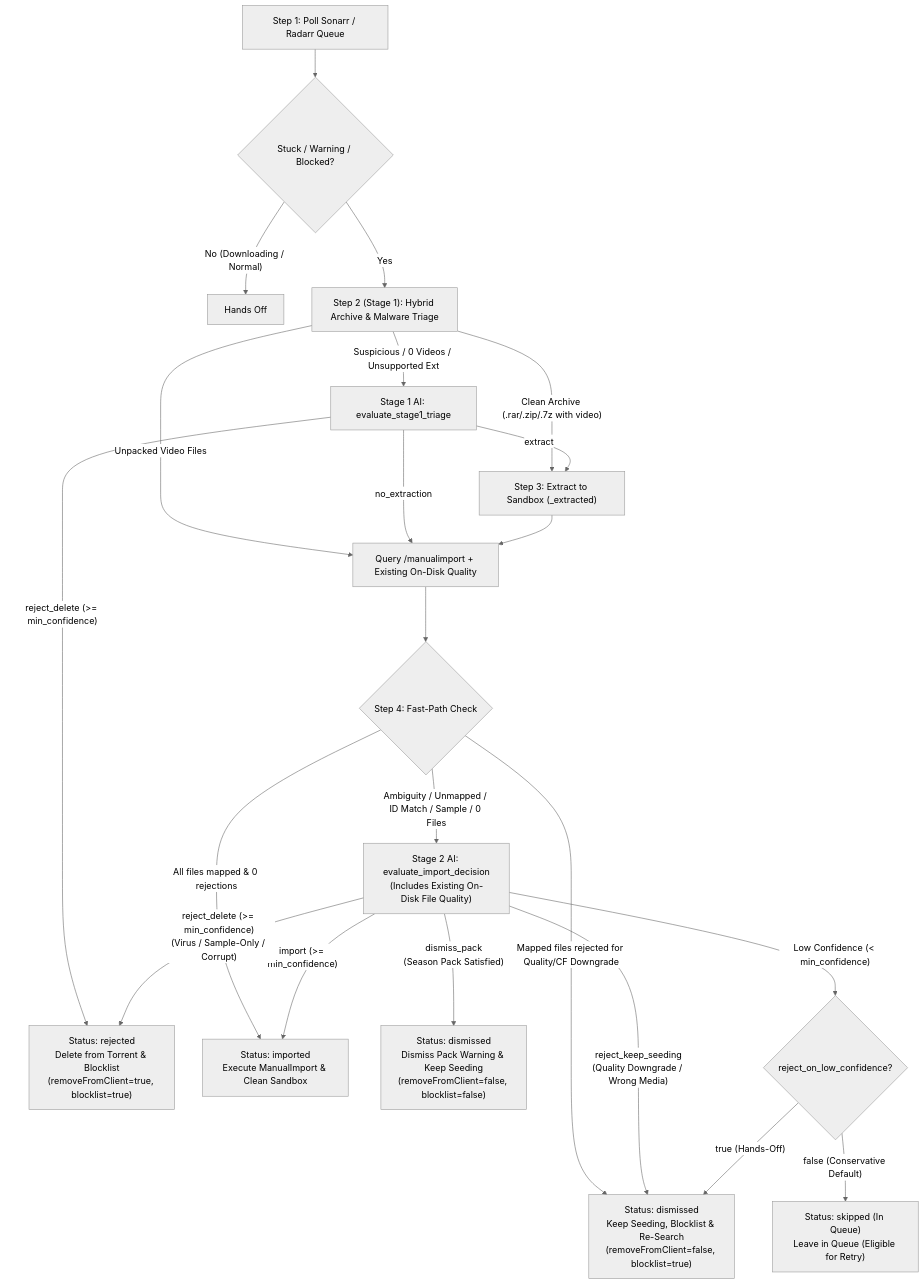
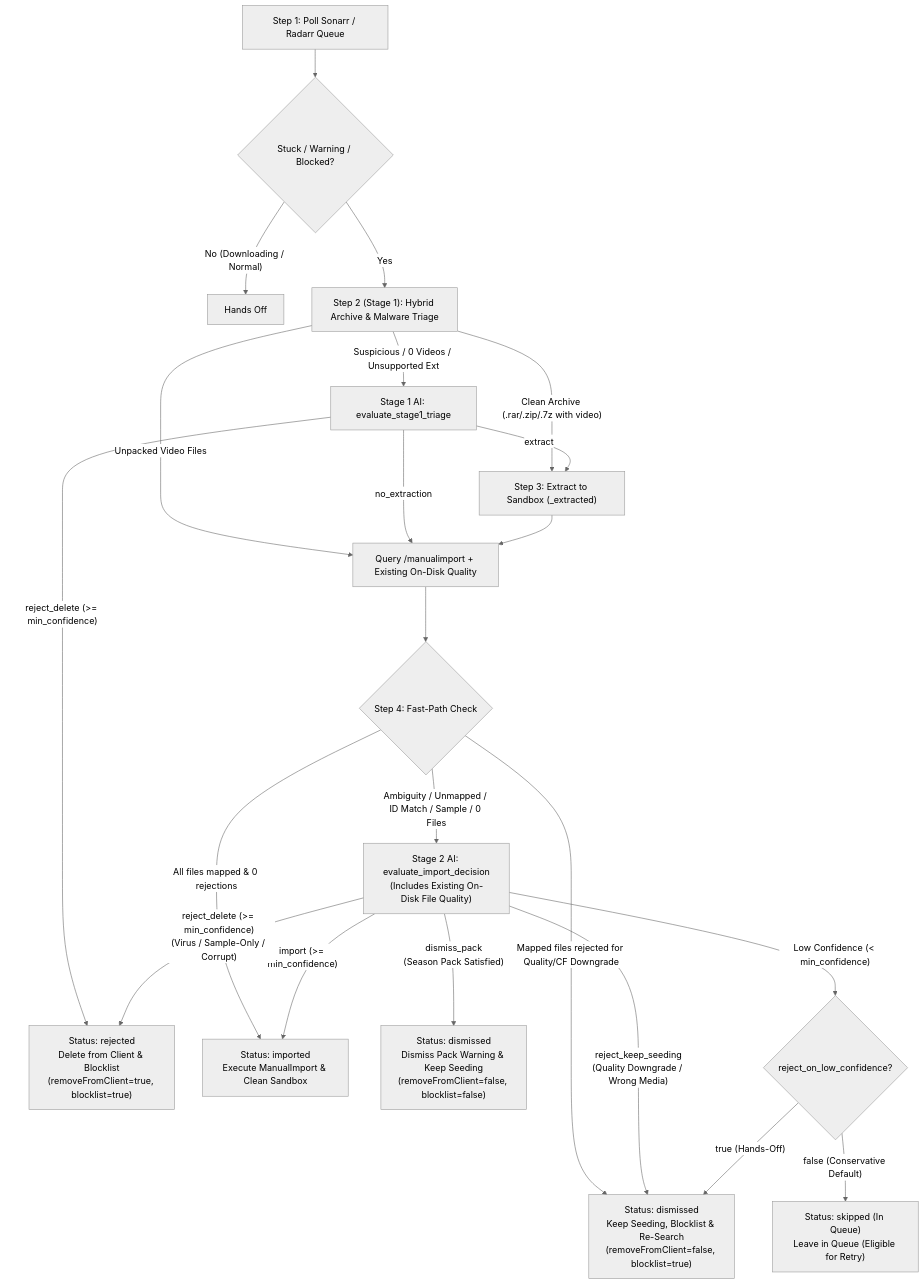
Before and after one commit to willyzha/aimportarr: the diagram in docs/ARCHITECTURE.md, drawn with Mermaid (neutral theme). The commit also changed other lines of this file and 5 other files, not shown here.

Commit message:
chore: replace torrent references with generic download client terminology

````diff
--- a/docs/ARCHITECTURE.md
+++ b/docs/ARCHITECTURE.md
@@ -29,29 +29,29 @@
 ```mermaid
 flowchart TD
     A["Step 1: Poll Sonarr / Radarr Queue"] --> B{"Stuck / Warning / Blocked?"}
     B -- "No (Downloading / Normal)" --> Z["Hands Off"]
     B -- "Yes" --> C["Step 2 (Stage 1): Hybrid Archive & Malware Triage"]
 
     C -- "Clean Archive (.rar/.zip/.7z with video)" --> D["Step 3: Extract to Sandbox (<stem>_extracted)"]
     C -- "Unpacked Video Files" --> E["Query /manualimport + Existing On-Disk Quality"]
     C -- "Suspicious / 0 Videos / Unsupported Ext" --> C_AI["Stage 1 AI: evaluate_stage1_triage"]
 
     C_AI -- "extract" --> D
     C_AI -- "no_extraction" --> E
-    C_AI -- "reject_delete (>= min_confidence)" --> R_DEL["Status: rejected\nDelete from Torrent & Blocklist\n(removeFromClient=true, blocklist=true)"]
+    C_AI -- "reject_delete (>= min_confidence)" --> R_DEL["Status: rejected\nDelete from Client & Blocklist\n(removeFromClient=true, blocklist=true)"]
 
     D --> E
     E --> FP{"Step 4: Fast-Path Check"}
 
     FP -- "All files mapped & 0 rejections" --> G["Status: imported\nExecute ManualImport & Clean Sandbox"]
     FP -- "Mapped files rejected for Quality/CF Downgrade" --> R_SEED["Status: dismissed\nKeep Seeding, Blocklist & Re-Search\n(removeFromClient=false, blocklist=true)"]
     FP -- "Ambiguity / Unmapped / ID Match / Sample / 0 Files" --> F["Stage 2 AI: evaluate_import_decision\n(Includes Existing On-Disk File Quality)"]
 
     F -- "import (>= min_confidence)" --> G
     F -- "reject_keep_seeding\n(Quality Downgrade / Wrong Media)" --> R_SEED
     F -- "reject_delete (>= min_confidence)\n(Virus / Sample-Only / Corrupt)" --> R_DEL
     F -- "dismiss_pack\n(Season Pack Satisfied)" --> R_DISM["Status: dismissed\nDismiss Pack Warning & Keep Seeding\n(removeFromClient=false, blocklist=false)"]
     F -- "Low Confidence (< min_confidence)" --> LC{"reject_on_low_confidence?"}
     LC -- "false (Conservative Default)" --> SKIP["Status: skipped (In Queue)\nLeave in Queue (Eligible for Retry)"]
     LC -- "true (Hands-Off)" --> R_SEED
 ```
````
